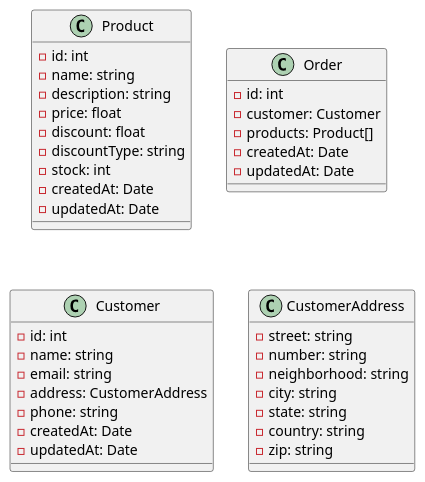
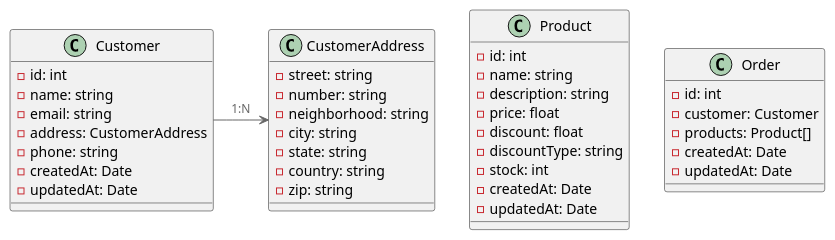
Before and after one commit to xgustavoh/pos-xp-desf5: the diagram in docs/diagrams/Class.puml, drawn with PlantUML. The commit also changed 2 other files, not shown here.

Commit message:
feat: code diagram

```diff
--- a/docs/diagrams/Class.puml
+++ b/docs/diagrams/Class.puml
@@ -1,44 +1,46 @@
 @startuml VendaOnlineClass
 !includeurl https://raw.githubusercontent.com/plantuml-stdlib/C4-PlantUML/master/C4_Component.puml
 
 class Product {
     - id: int
     - name: string
     - description: string
     - price: float
     - discount: float
     - discountType: string
     - stock: int
     - createdAt: Date
     - updatedAt: Date
 }
 
 class Order {
     - id: int
     - customer: Customer
     - products: Product[]
     - createdAt: Date
     - updatedAt: Date
 }
 
 class Customer {
     - id: int
     - name: string
     - email: string
     - address: CustomerAddress
     - phone: string
     - createdAt: Date
     - updatedAt: Date
 }
 
 class CustomerAddress {
     - street: string
     - number: string
     - neighborhood: string
     - city: string
     - state: string
     - country: string
     - zip: string
 }
 
+Customer -> CustomerAddress : "1:N"
+
 @enduml
```
